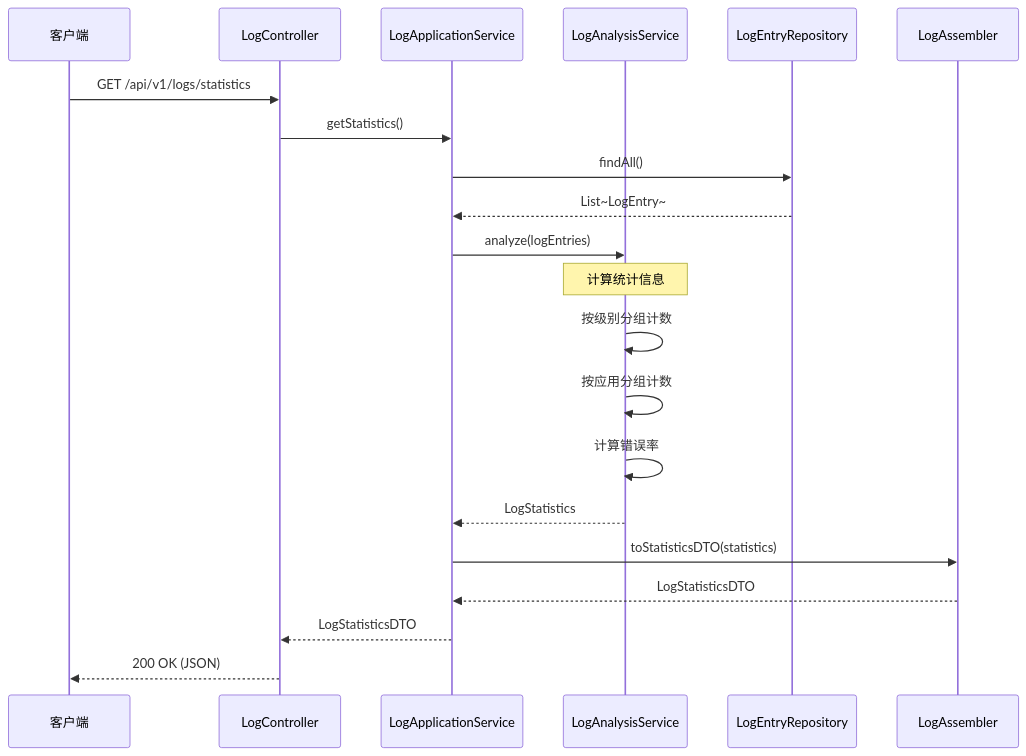
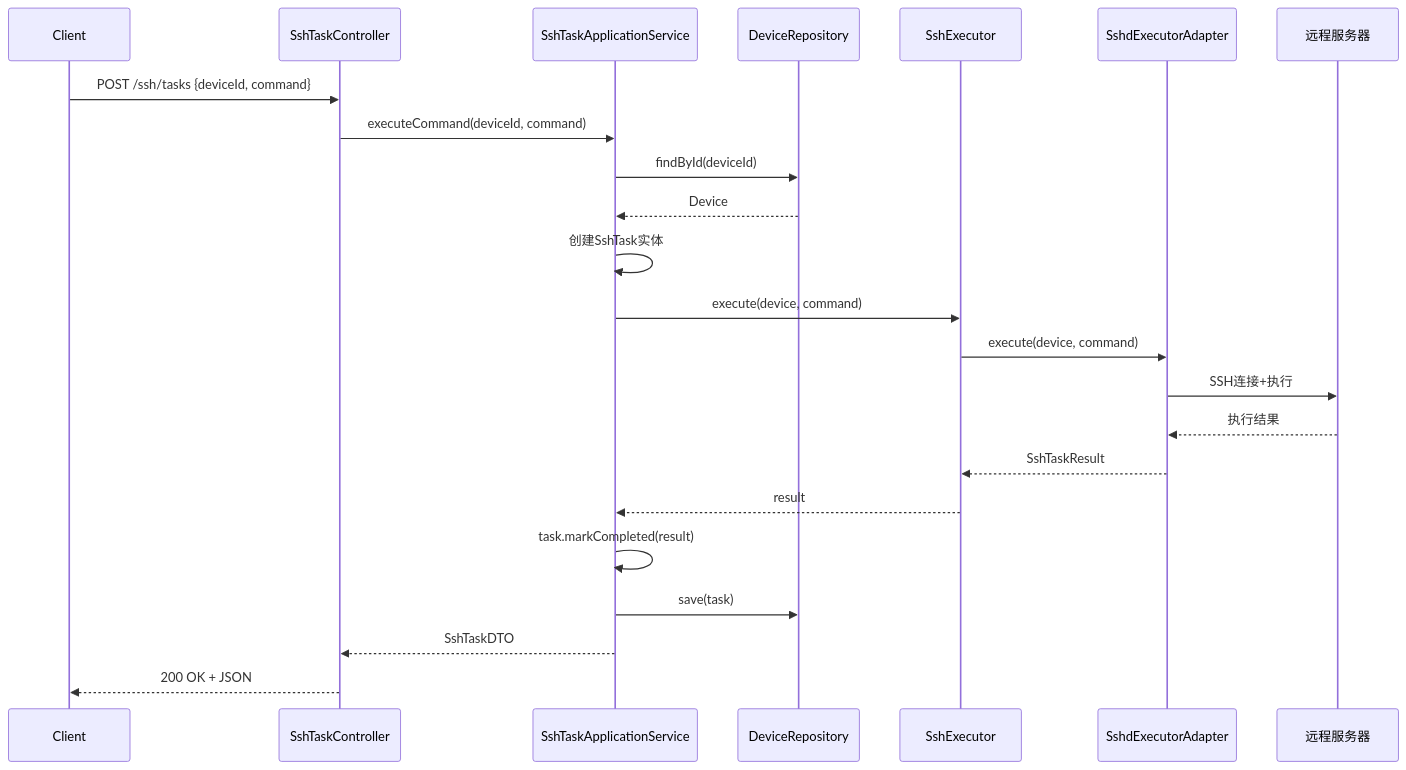
Before and after one commit to jackjiang9627-hash/keke: the fifth of 7 diagrams in README.md, drawn with Mermaid. The commit also changed other lines of this file and 50 other files, not shown here.

````diff
--- a/README.md
+++ b/README.md
@@ -1223,30 +743,26 @@
 ```mermaid
 sequenceDiagram
-    participant Client as 客户端
-    participant Controller as LogController
-    participant AppService as LogApplicationService
-    participant AnalysisService as LogAnalysisService
-    participant Repository as LogEntryRepository
-    participant Assembler as LogAssembler
-
-    Client->>Controller: GET /api/v1/logs/statistics
-    Controller->>AppService: getStatistics()
+    participant C as Client
+    participant Ctrl as SshTaskController
+    participant App as SshTaskApplicationService
+    participant Repo as DeviceRepository
+    participant Port as SshExecutor
+    participant Adapter as SshdExecutorAdapter
+    participant SSH as 远程服务器
     
-    AppService->>Repository: findAll()
-    Repository-->>AppService: List~LogEntry~
-    
-    AppService->>AnalysisService: analyze(logEntries)
-    
-    Note over AnalysisService: 计算统计信息
-    AnalysisService->>AnalysisService: 按级别分组计数
-    AnalysisService->>AnalysisService: 按应用分组计数
-    AnalysisService->>AnalysisService: 计算错误率
-    
-    AnalysisService-->>AppService: LogStatistics
-    
-    AppService->>Assembler: toStatisticsDTO(statistics)
-    Assembler-->>AppService: LogStatisticsDTO
-    
-    AppService-->>Controller: LogStatisticsDTO
-    Controller-->>Client: 200 OK (JSON)
+    C->>Ctrl: POST /ssh/tasks {deviceId, command}
+    Ctrl->>App: executeCommand(deviceId, command)
+    App->>Repo: findById(deviceId)
+    Repo-->>App: Device
+    App->>App: 创建SshTask实体
+    App->>Port: execute(device, command)
+    Port->>Adapter: execute(device, command)
+    Adapter->>SSH: SSH连接+执行
+    SSH-->>Adapter: 执行结果
+    Adapter-->>Port: SshTaskResult
+    Port-->>App: result
+    App->>App: task.markCompleted(result)
+    App->>Repo: save(task)
+    App-->>Ctrl: SshTaskDTO
+    Ctrl-->>C: 200 OK + JSON
 ```
````
